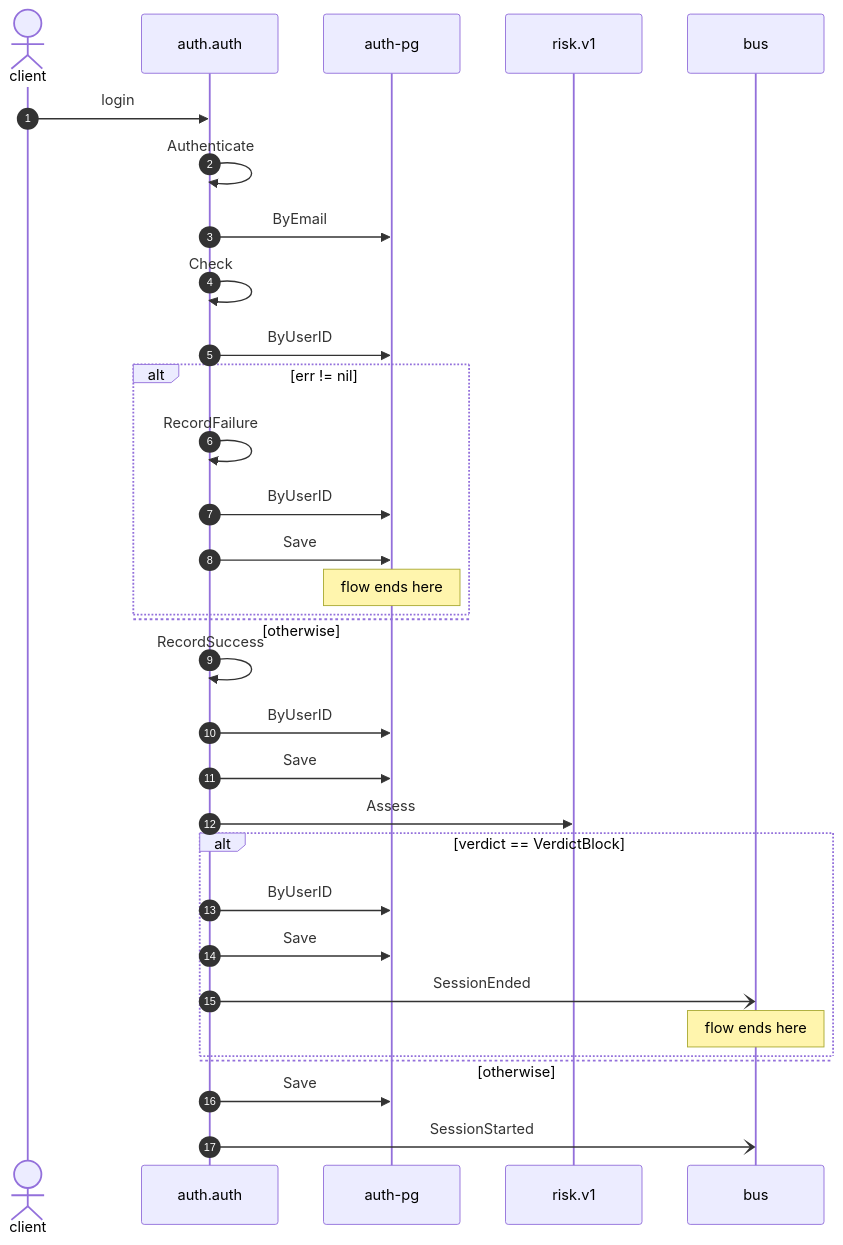
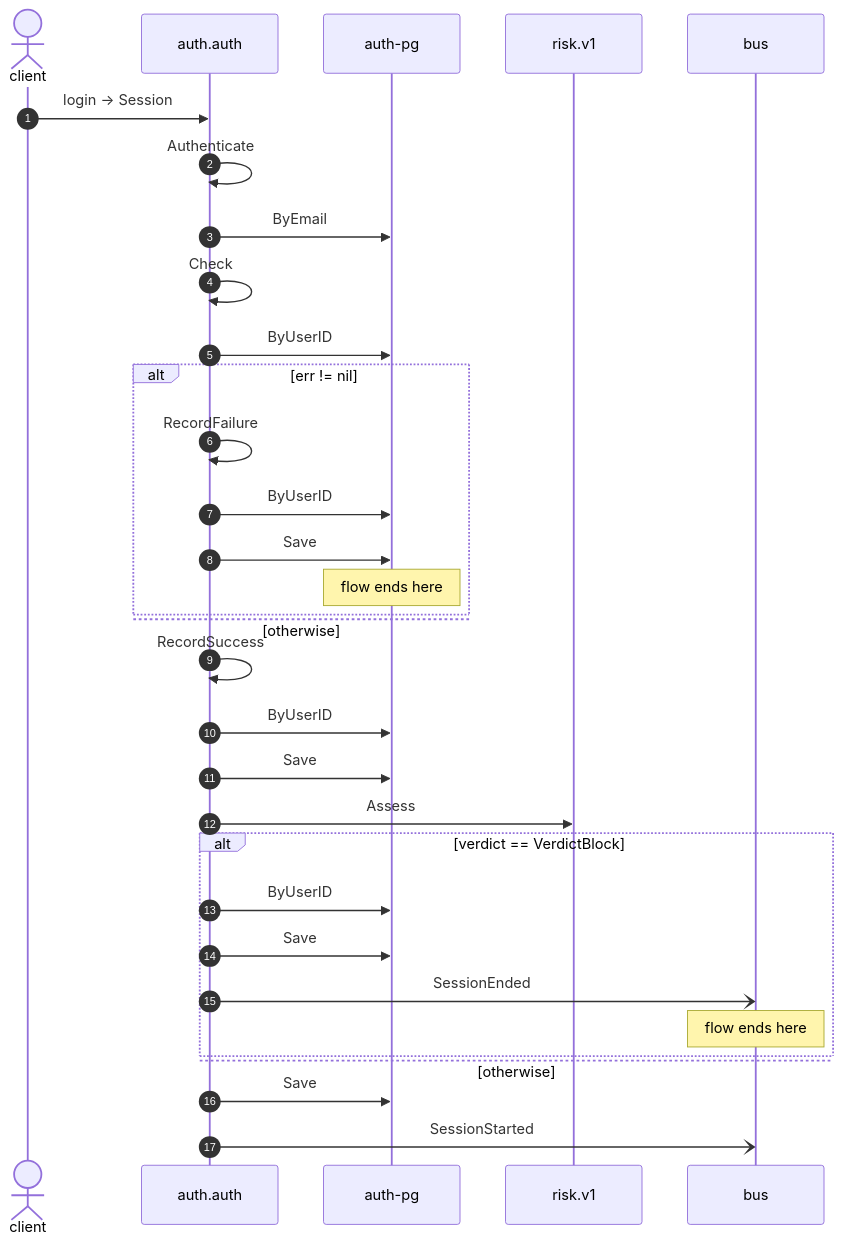
One commit to shortlink-org/portolan changed the diagram in docs/flows/auth-login.md. Above: the diagram before and after it, drawn with Mermaid. The commit also changed other lines of this file and 87 other files, not shown here.

````diff
--- a/docs/flows/auth-login.md
+++ b/docs/flows/auth-login.md
@@ -23,34 +23,34 @@
 ```mermaid
 sequenceDiagram
     autonumber
     actor p0 as client
     participant p1 as auth.auth
     participant p2 as auth-pg
     participant p3 as risk.v1
     participant p4 as bus
-    p0->>p1: login
+    p0->>p1: login → Session
     p1->>p1: Authenticate
     p1->>p2: ByEmail
     p1->>p1: Check
     p1->>p2: ByUserID
     alt err != nil
         p1->>p1: RecordFailure
         p1->>p2: ByUserID
         p1->>p2: Save
         Note over p2: flow ends here
     else otherwise
     end
     p1->>p1: RecordSuccess
     p1->>p2: ByUserID
     p1->>p2: Save
     p1->>p3: Assess
     alt verdict == VerdictBlock
         p1->>p2: ByUserID
         p1->>p2: Save
         p1-)p4: SessionEnded
         Note over p4: flow ends here
     else otherwise
     end
     p1->>p2: Save
     p1-)p4: SessionStarted
 ```
````
